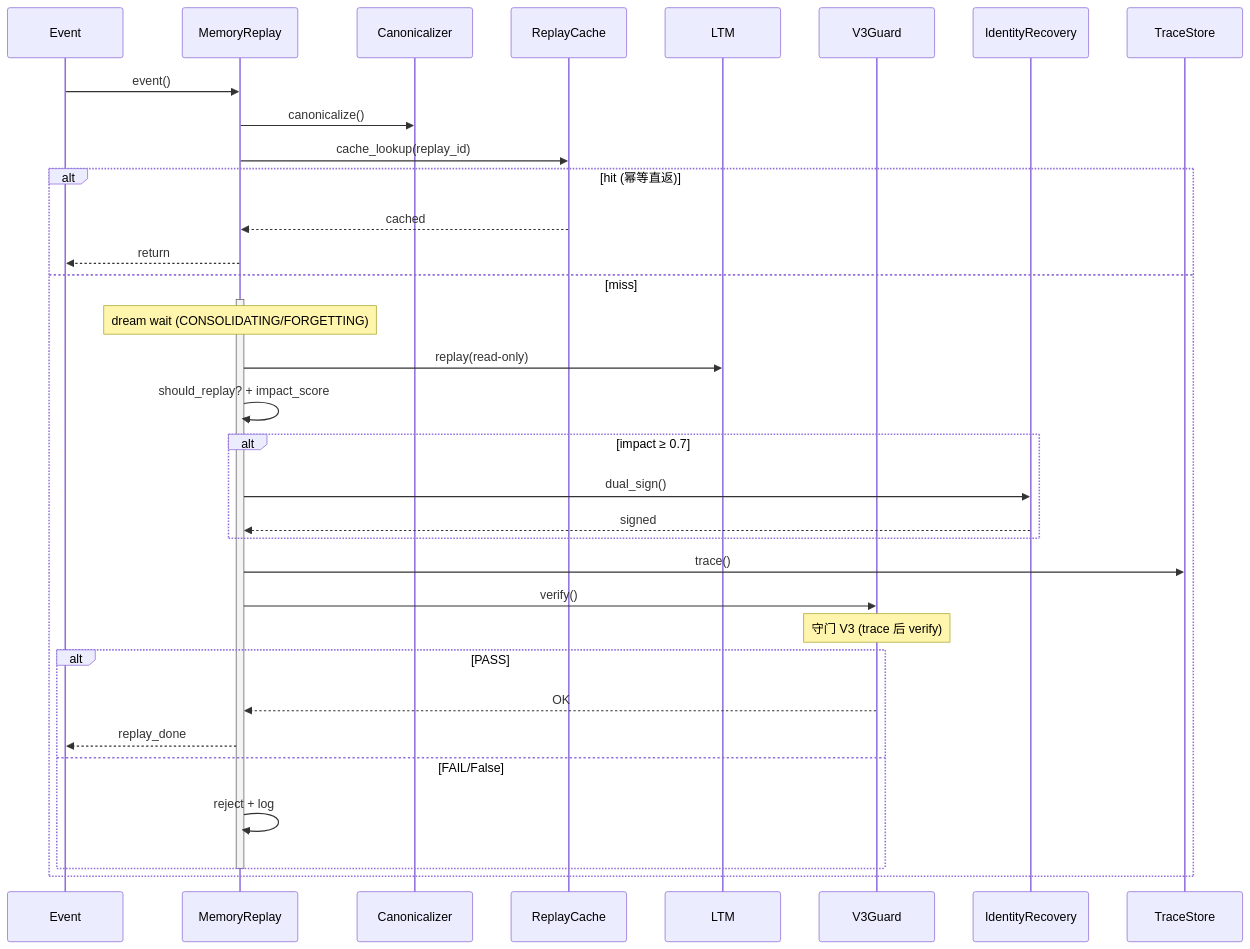
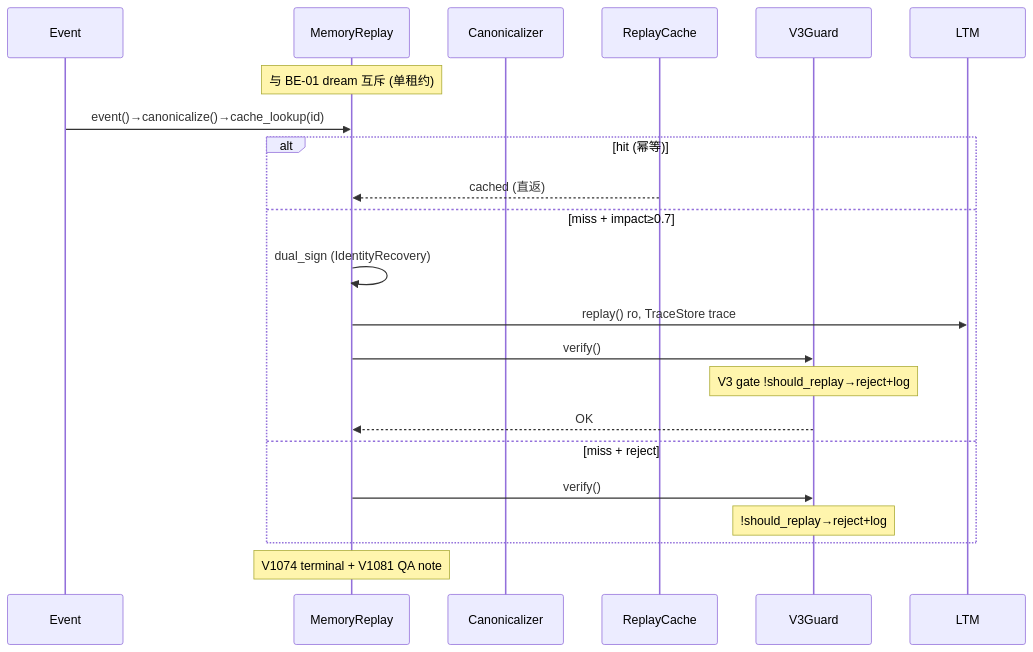
One commit to Apeireth/Apeireth changed the second of 3 diagrams in reports/r7-wf-02-sequence-diagrams.md. Above: the diagram before and after it, drawn with Mermaid. The commit also changed other lines of this file and 190 other files, not shown here.

````diff
--- a/reports/r7-wf-02-sequence-diagrams.md
+++ b/reports/r7-wf-02-sequence-diagrams.md
@@ -41,37 +35,24 @@
 ```mermaid
 sequenceDiagram
     participant E as Event
-    participant MR as MemoryReplay
-    participant CZ as Canonicalizer
-    participant RC as ReplayCache
+    participant M as MemoryReplay
+    participant C as Canonicalizer
+    participant R as ReplayCache
+    participant V3 as V3Guard
     participant L as LTM
-    participant V3 as V3Guard
-    participant IR as IdentityRecovery
-    participant TS as TraceStore
-    E->>MR: event()
-    MR->>CZ: canonicalize()
-    MR->>RC: cache_lookup(replay_id)
-    alt hit (幂等直返)
-        RC-->>MR: cached
-        MR-->>E: return
-    else miss
-        activate MR
-        Note over MR: dream wait (CONSOLIDATING/FORGETTING)
-        MR->>L: replay(read-only)
-        MR->>MR: should_replay? + impact_score
-        alt impact ≥ 0.7
-            MR->>IR: dual_sign()
-            IR-->>MR: signed
-        end
-        MR->>TS: trace()
-        MR->>V3: verify()
-        Note over V3: 守门 V3 (trace 后 verify)
-        alt PASS
-            V3-->>MR: OK
-            MR-->>E: replay_done
-        else FAIL/False
-            MR->>MR: reject + log
-        end
-        deactivate MR
+    Note over M: 与 BE-01 dream 互斥 (单租约)
+    E->>M: event()→canonicalize()→cache_lookup(id)
+    alt hit (幂等)
+        R-->>M: cached (直返)
+    else miss + impact≥0.7
+        M->>M: dual_sign (IdentityRecovery)
+        M->>L: replay() ro, TraceStore trace
+        M->>V3: verify()
+        Note over V3: V3 gate !should_replay→reject+log
+        V3-->>M: OK
+    else miss + reject
+        M->>V3: verify()
+        Note over V3: !should_replay→reject+log
     end
+    Note over M: V1074 terminal + V1081 QA note
 ```
````
